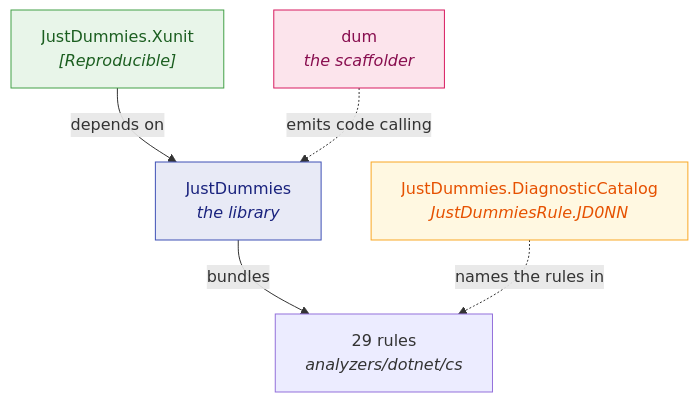
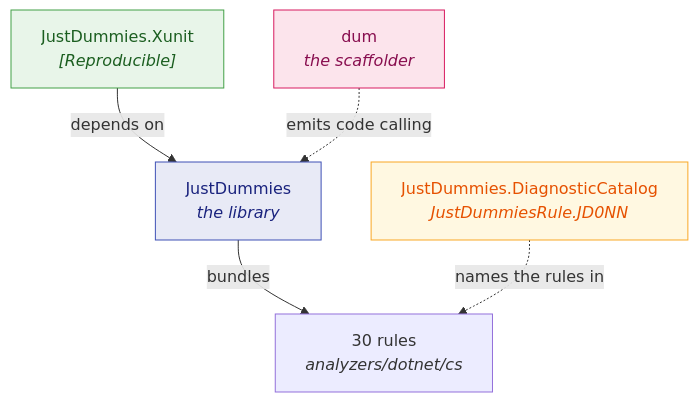
One commit to Reefact/just-dummies changed the diagram in doc/handwritten/for-users/packages/README.md. Above: the diagram before and after it, drawn with Mermaid. The commit also changed other lines of this file and 43 other files, not shown here.

````diff
--- a/doc/handwritten/for-users/packages/README.md
+++ b/doc/handwritten/for-users/packages/README.md
@@ -18,12 +18,12 @@
 ```mermaid
 flowchart TD
-    L["JustDummies<br/><i>the library</i>"] -->|"bundles"| A["29 rules<br/><i>analyzers/dotnet/cs</i>"]
+    L["JustDummies<br/><i>the library</i>"] -->|"bundles"| A["30 rules<br/><i>analyzers/dotnet/cs</i>"]
     X["JustDummies.Xunit<br/><i>[Reproducible]</i>"] -->|"depends on"| L
     C["JustDummies.DiagnosticCatalog<br/><i>JustDummiesRule.JD0NN</i>"]
     C -.->|"names the rules in"| A
     D["dum<br/><i>the scaffolder</i>"] -.->|"emits code calling"| L
     style L fill:#e8eaf6,stroke:#3f51b5,color:#1a237e
     style X fill:#e8f5e9,stroke:#43a047,color:#1b5e20
     style C fill:#fff8e1,stroke:#f9a825,color:#e65100
     style D fill:#fce4ec,stroke:#d81b60,color:#880e4f
 ```
````
